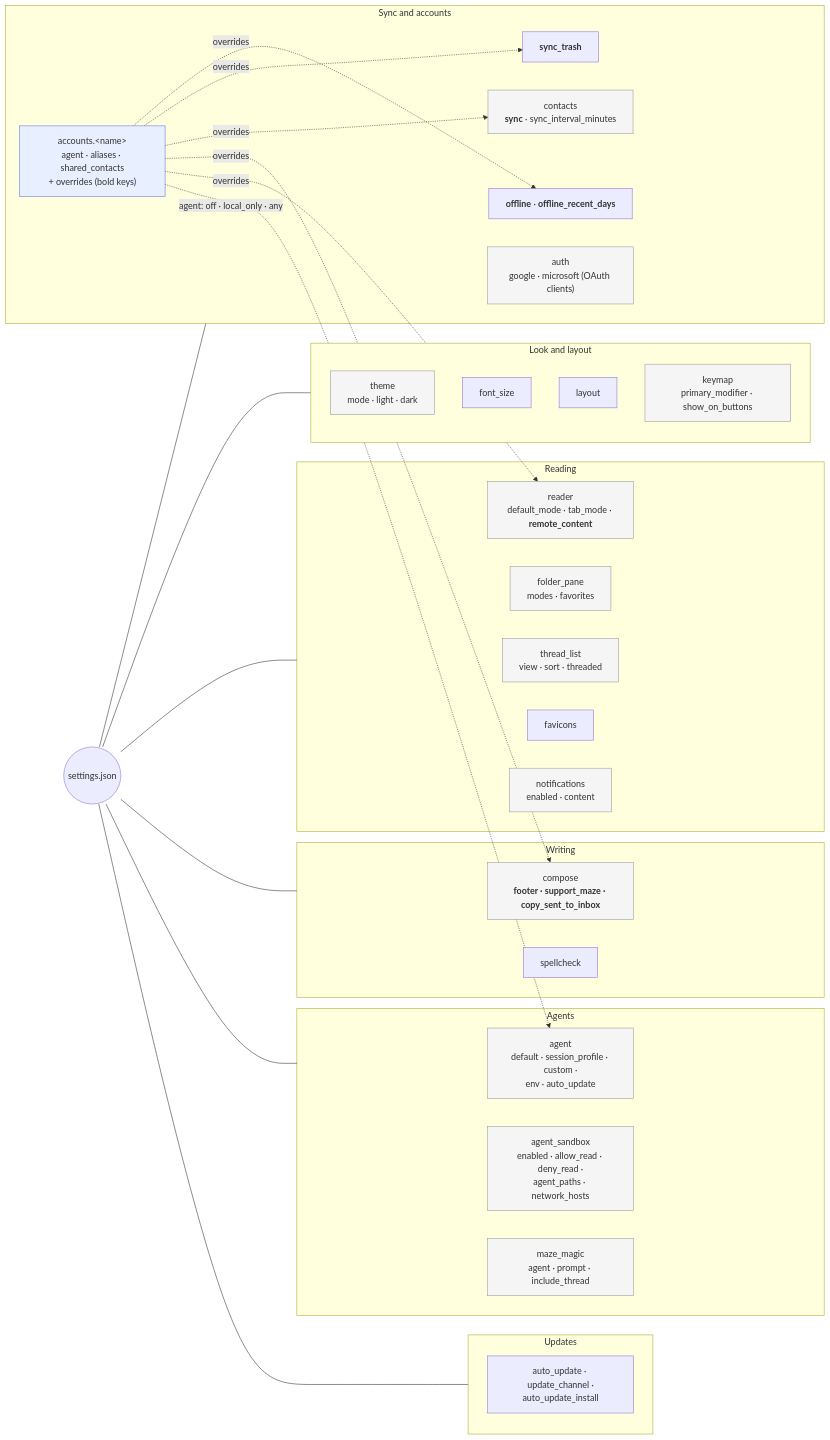
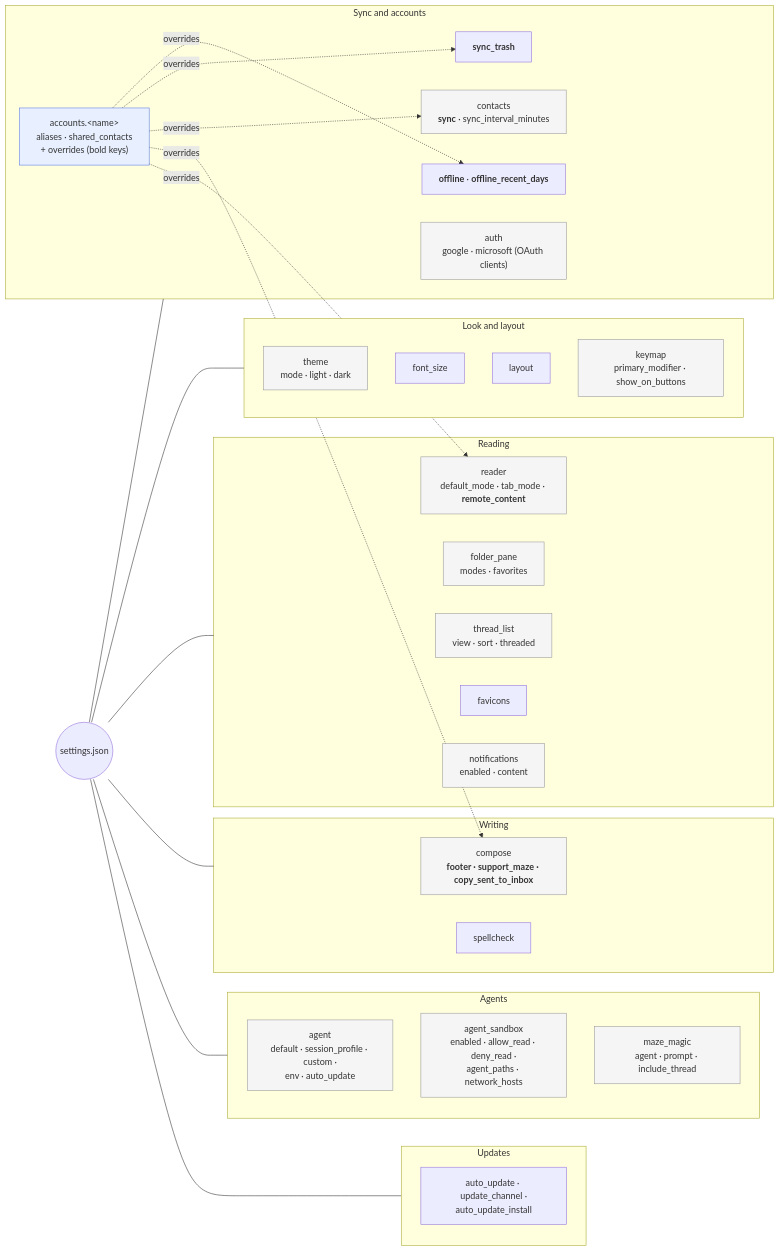
The diagram in docs/settings-model.md (pmig/maze), drawn with Mermaid before and after one commit. The commit also changed other lines of this file and 46 other files, not shown here.

````diff
--- a/docs/settings-model.md
+++ b/docs/settings-model.md
@@ -12,53 +12,53 @@
 ```mermaid
 flowchart LR
   classDef acct fill:#e8f0ff,stroke:#5c78e2
   classDef sec fill:#f5f5f5,stroke:#999
 
   S(("settings.json"))
 
   subgraph LOOK["Look and layout"]
     theme["theme<br/>mode · light · dark"]:::sec
     font_size["font_size"]
     layout["layout"]
     keymap["keymap<br/>primary_modifier · show_on_buttons"]:::sec
   end
 
   subgraph READ["Reading"]
     thread_list["thread_list<br/>view · sort · threaded"]:::sec
     folder_pane["folder_pane<br/>modes · favorites"]:::sec
     reader["reader<br/>default_mode · tab_mode · <b>remote_content</b>"]:::sec
     favicons["favicons"]
     notifications["notifications<br/>enabled · content"]:::sec
   end
 
   subgraph WRITE["Writing"]
     compose["compose<br/><b>footer · support_maze · copy_sent_to_inbox</b>"]:::sec
     spellcheck["spellcheck"]
   end
 
   subgraph SYNC["Sync and accounts"]
     offline["<b>offline</b> · <b>offline_recent_days</b>"]
     sync_trash["<b>sync_trash</b>"]
     contacts["contacts<br/><b>sync</b> · sync_interval_minutes"]:::sec
     auth["auth<br/>google · microsoft (OAuth clients)"]:::sec
-    accounts["accounts.&lt;name&gt;<br/>agent · aliases · shared_contacts<br/>+ overrides (bold keys)"]:::acct
+    accounts["accounts.&lt;name&gt;<br/>aliases · shared_contacts<br/>+ overrides (bold keys)"]:::acct
   end
 
   subgraph AI["Agents"]
     agent["agent<br/>default · session_profile · custom ·<br/>env · auto_update"]:::sec
     agent_sandbox["agent_sandbox<br/>enabled · allow_read · deny_read ·<br/>agent_paths · network_hosts"]:::sec
     maze_magic["maze_magic<br/>agent · prompt · include_thread"]:::sec
   end
 
   subgraph APP["Updates"]
     auto_update["auto_update · update_channel ·<br/>auto_update_install"]
   end
 
   S --- LOOK & READ & WRITE & SYNC & AI & APP
   accounts -.->|overrides| offline
   accounts -.->|overrides| sync_trash
   accounts -.->|overrides| contacts
   accounts -.->|overrides| compose
   accounts -.->|overrides| reader
-  accounts -.->|"agent: off · local_only · any"| agent
+
 ```
````
